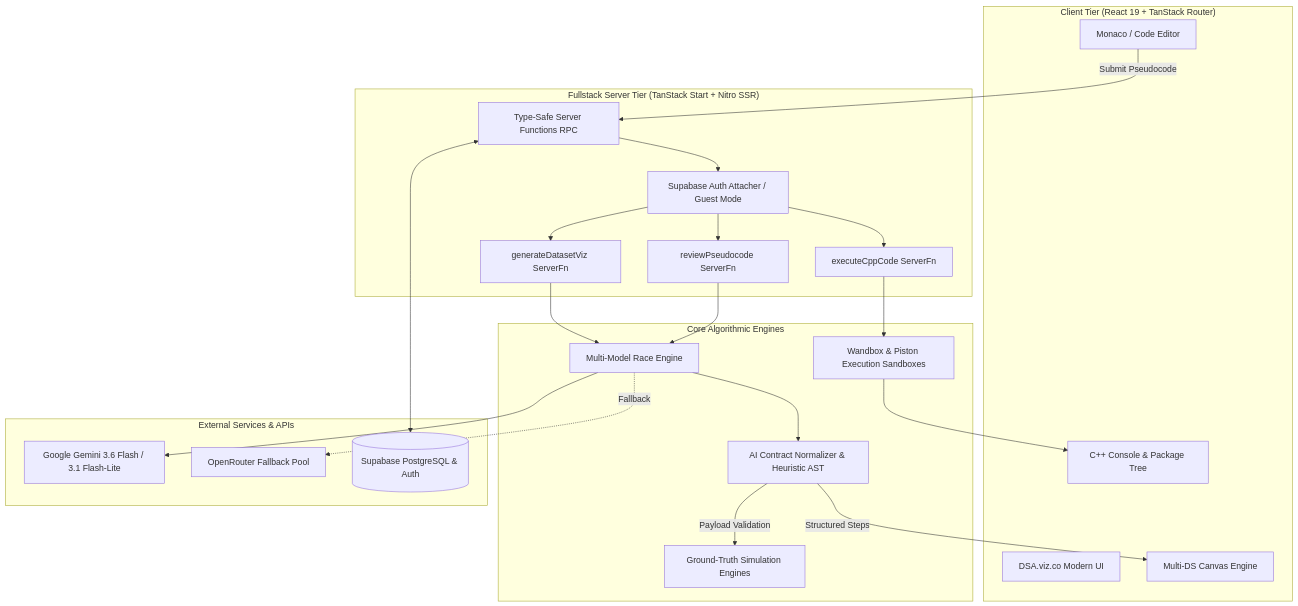
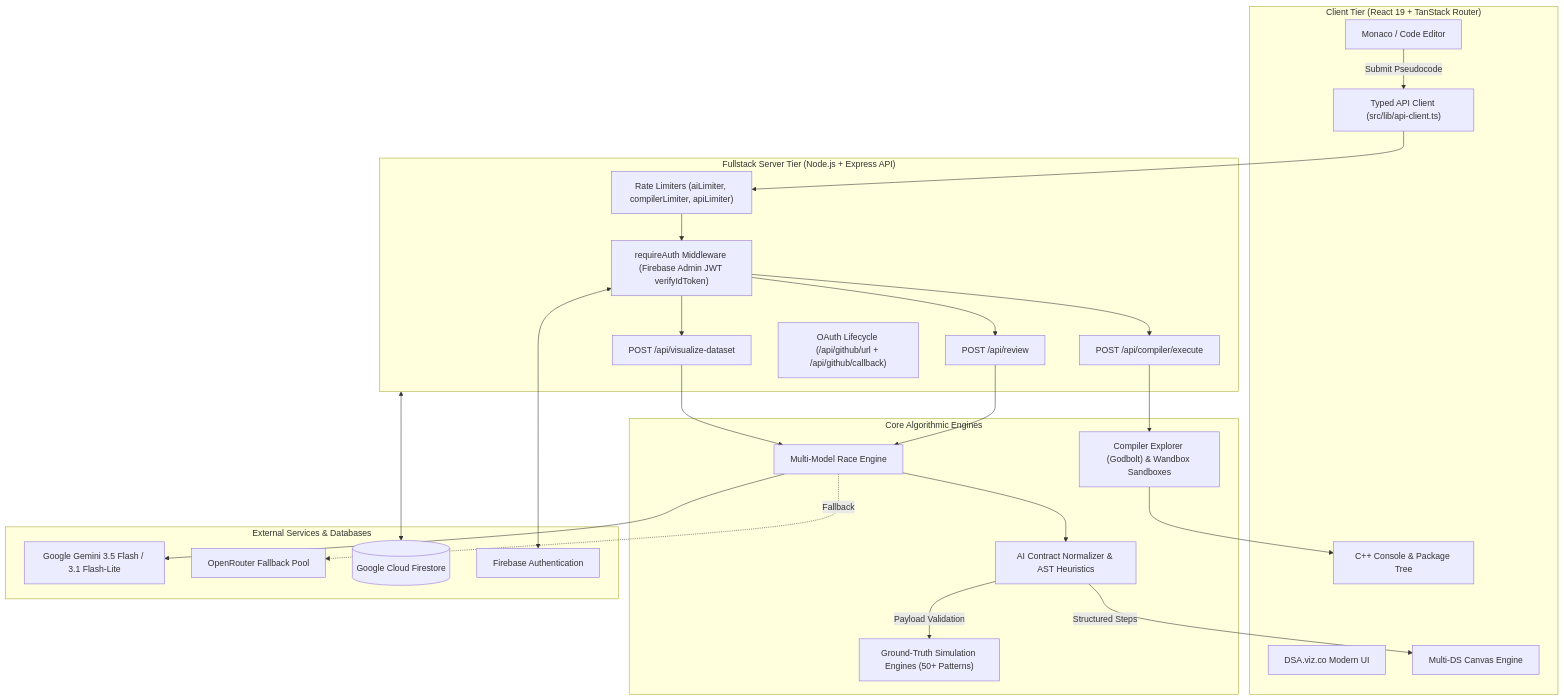
The diagram in README.md (isthatnkhl-byte/DSA.viz.co), drawn with Mermaid before and after one commit. The commit also changed other lines of this file and 20 other files, not shown here.

Commit message:
fix(security & architecture): harden auth verification, compiler sandbox, rate limits, OAuth lifecycle, and responsive navigation

````diff
--- a/README.md
+++ b/README.md
@@ -33,51 +34,56 @@
 ```mermaid
 flowchart TD
     subgraph Client["Client Tier (React 19 + TanStack Router)"]
         UI["DSA.viz.co Modern UI"]
         Editor["Monaco / Code Editor"]
         Viz["Multi-DS Canvas Engine"]
         CompUI["C++ Console & Package Tree"]
+        ApiClient["Typed API Client (src/lib/api-client.ts)"]
     end
 
-    subgraph Server["Fullstack Server Tier (TanStack Start + Nitro SSR)"]
-        RPC["Type-Safe Server Functions RPC"]
-        AuthGate["Supabase Auth Attacher / Guest Mode"]
-        ReviewFn["reviewPseudocode ServerFn"]
-        VizFn["generateDatasetViz ServerFn"]
-        CompilerFn["executeCppCode ServerFn"]
+    subgraph Server["Fullstack Server Tier (Node.js + Express API)"]
+        AuthGate["requireAuth Middleware (Firebase Admin JWT verifyIdToken)"]
+        RateLimiters["Rate Limiters (aiLimiter, compilerLimiter, apiLimiter)"]
+        ReviewAPI["POST /api/review"]
+        VizAPI["POST /api/visualize-dataset"]
+        CompilerAPI["POST /api/compiler/execute"]
+        OAuthAPI["OAuth Lifecycle (/api/github/url + /api/github/callback)"]
     end
 
     subgraph CoreEngine["Core Algorithmic Engines"]
         ModelRace["Multi-Model Race Engine"]
-        ContractNormalizer["AI Contract Normalizer & Heuristic AST"]
-        DeterministicSim["Ground-Truth Simulation Engines"]
-        CppSandbox["Wandbox & Piston Execution Sandboxes"]
+        ContractNormalizer["AI Contract Normalizer & AST Heuristics"]
+        DeterministicSim["Ground-Truth Simulation Engines (50+ Patterns)"]
+        CompilerSandbox["Compiler Explorer (Godbolt) & Wandbox Sandboxes"]
     end
 
-    subgraph External["External Services & APIs"]
-        Gemini["Google Gemini 3.6 Flash / 3.1 Flash-Lite"]
+    subgraph CloudInfrastructure["External Services & Databases"]
+        Gemini["Google Gemini 3.5 Flash / 3.1 Flash-Lite"]
         OpenRouter["OpenRouter Fallback Pool"]
-        SupabaseDB[("Supabase PostgreSQL & Auth")]
+        FirestoreDB[("Google Cloud Firestore")]
+        FirebaseAuth["Firebase Authentication"]
     end
 
-    Editor -->|Submit Pseudocode| RPC
-    RPC --> AuthGate
-    AuthGate --> ReviewFn
-    AuthGate --> VizFn
-    AuthGate --> CompilerFn
+    Editor -->|Submit Pseudocode| ApiClient
+    ApiClient --> RateLimiters
+    RateLimiters --> AuthGate
+    AuthGate --> ReviewAPI
+    AuthGate --> VizAPI
+    AuthGate --> CompilerAPI
 
-    ReviewFn --> ModelRace
-    VizFn --> ModelRace
+    ReviewAPI --> ModelRace
+    VizAPI --> ModelRace
 
     ModelRace --> Gemini
     ModelRace -.->|Fallback| OpenRouter
     ModelRace --> ContractNormalizer
 
     ContractNormalizer -->|Payload Validation| DeterministicSim
     ContractNormalizer -->|Structured Steps| Viz
 
-    CompilerFn --> CppSandbox
-    CppSandbox --> CompUI
+    CompilerAPI --> CompilerSandbox
+    CompilerSandbox --> CompUI
 
-    RPC <--> SupabaseDB
+    AuthGate <--> FirebaseAuth
+    Server <--> FirestoreDB
 ```
````
